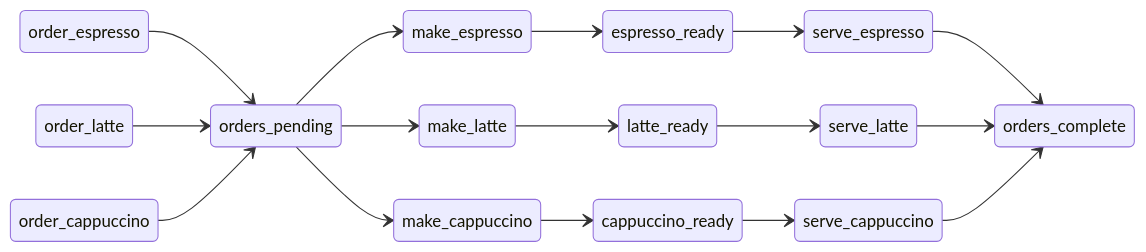
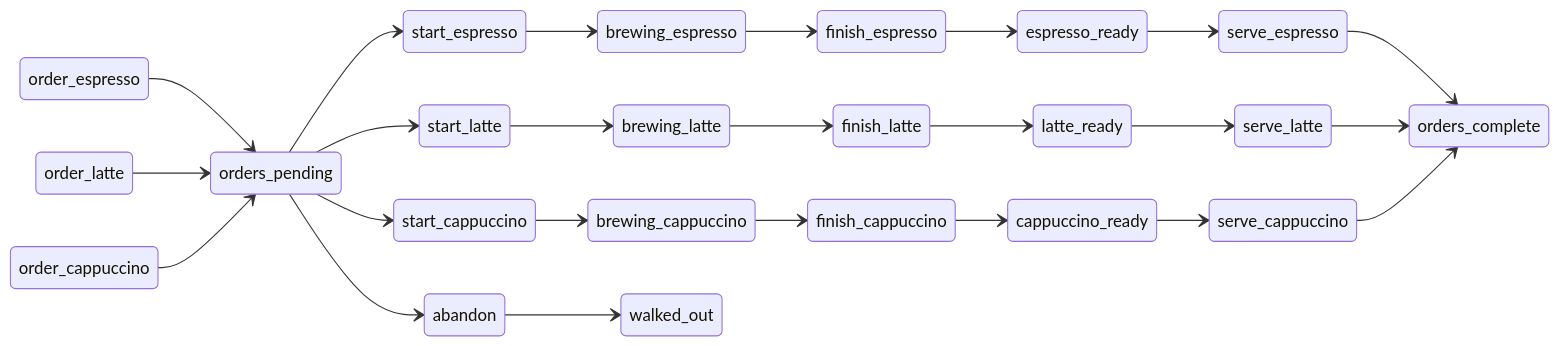
One commit to pflow-xyz/petri-pilot changed the first of 3 diagrams in generated/cafe/counter/README.md. Above: the diagram before and after it, drawn with Mermaid. The commit also changed other lines of this file and 87 other files, not shown here.

````diff
--- a/generated/cafe/counter/README.md
+++ b/generated/cafe/counter/README.md
@@ -55,47 +65,67 @@
 ```mermaid
 stateDiagram-v2
     direction LR
 
     state "orders_pending" as PlaceOrdersPending
+    state "brewing_espresso" as PlaceBrewingEspresso
+    state "brewing_latte" as PlaceBrewingLatte
+    state "brewing_cappuccino" as PlaceBrewingCappuccino
     state "espresso_ready" as PlaceEspressoReady
     state "latte_ready" as PlaceLatteReady
     state "cappuccino_ready" as PlaceCappuccinoReady
     state "orders_complete" as PlaceOrdersComplete
+    state "walked_out" as PlaceWalkedOut
 
 
     state "order_espresso" as t_TransitionOrderEspresso
     state "order_latte" as t_TransitionOrderLatte
     state "order_cappuccino" as t_TransitionOrderCappuccino
-    state "make_espresso" as t_TransitionMakeEspresso
-    state "make_latte" as t_TransitionMakeLatte
-    state "make_cappuccino" as t_TransitionMakeCappuccino
+    state "start_espresso" as t_TransitionStartEspresso
+    state "start_latte" as t_TransitionStartLatte
+    state "start_cappuccino" as t_TransitionStartCappuccino
+    state "finish_espresso" as t_TransitionFinishEspresso
+    state "finish_latte" as t_TransitionFinishLatte
+    state "finish_cappuccino" as t_TransitionFinishCappuccino
     state "serve_espresso" as t_TransitionServeEspresso
     state "serve_latte" as t_TransitionServeLatte
     state "serve_cappuccino" as t_TransitionServeCappuccino
+    state "abandon" as t_TransitionAbandon
 
 
     t_TransitionOrderEspresso --> PlaceOrdersPending
 
     t_TransitionOrderLatte --> PlaceOrdersPending
 
     t_TransitionOrderCappuccino --> PlaceOrdersPending
 
-    PlaceOrdersPending --> t_TransitionMakeEspresso
-    t_TransitionMakeEspresso --> PlaceEspressoReady
+    PlaceOrdersPending --> t_TransitionStartEspresso
+    t_TransitionStartEspresso --> PlaceBrewingEspresso
 
-    PlaceOrdersPending --> t_TransitionMakeLatte
-    t_TransitionMakeLatte --> PlaceLatteReady
+    PlaceOrdersPending --> t_TransitionStartLatte
+    t_TransitionStartLatte --> PlaceBrewingLatte
 
-    PlaceOrdersPending --> t_TransitionMakeCappuccino
-    t_TransitionMakeCappuccino --> PlaceCappuccinoReady
+    PlaceOrdersPending --> t_TransitionStartCappuccino
+    t_TransitionStartCappuccino --> PlaceBrewingCappuccino
+
+    PlaceBrewingEspresso --> t_TransitionFinishEspresso
+    t_TransitionFinishEspresso --> PlaceEspressoReady
+
+    PlaceBrewingLatte --> t_TransitionFinishLatte
+    t_TransitionFinishLatte --> PlaceLatteReady
+
+    PlaceBrewingCappuccino --> t_TransitionFinishCappuccino
+    t_TransitionFinishCappuccino --> PlaceCappuccinoReady
 
     PlaceEspressoReady --> t_TransitionServeEspresso
     t_TransitionServeEspresso --> PlaceOrdersComplete
 
     PlaceLatteReady --> t_TransitionServeLatte
     t_TransitionServeLatte --> PlaceOrdersComplete
 
     PlaceCappuccinoReady --> t_TransitionServeCappuccino
     t_TransitionServeCappuccino --> PlaceOrdersComplete
 
+    PlaceOrdersPending --> t_TransitionAbandon
+    t_TransitionAbandon --> PlaceWalkedOut
+
 ```
````
